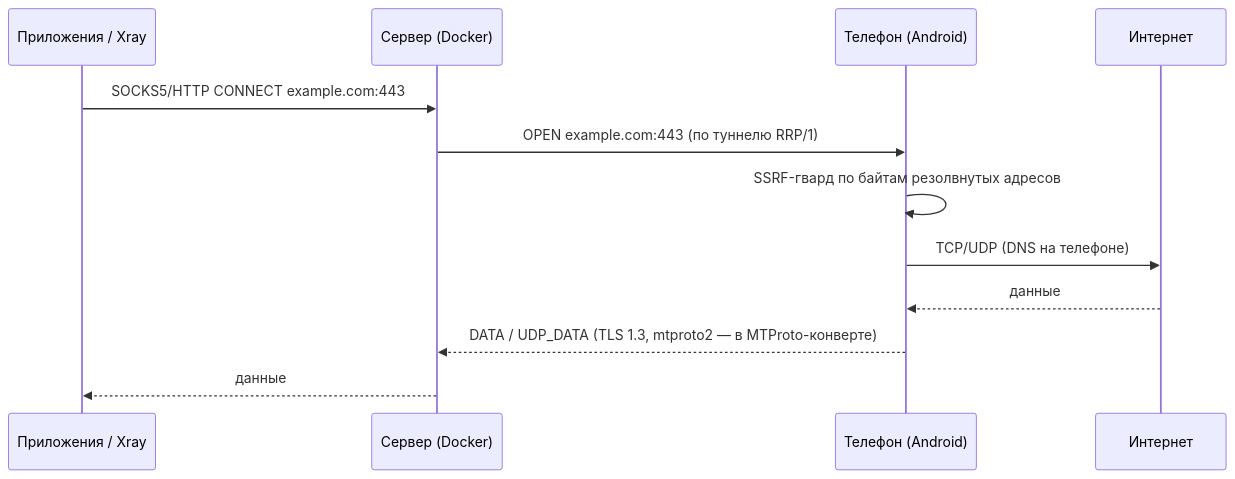
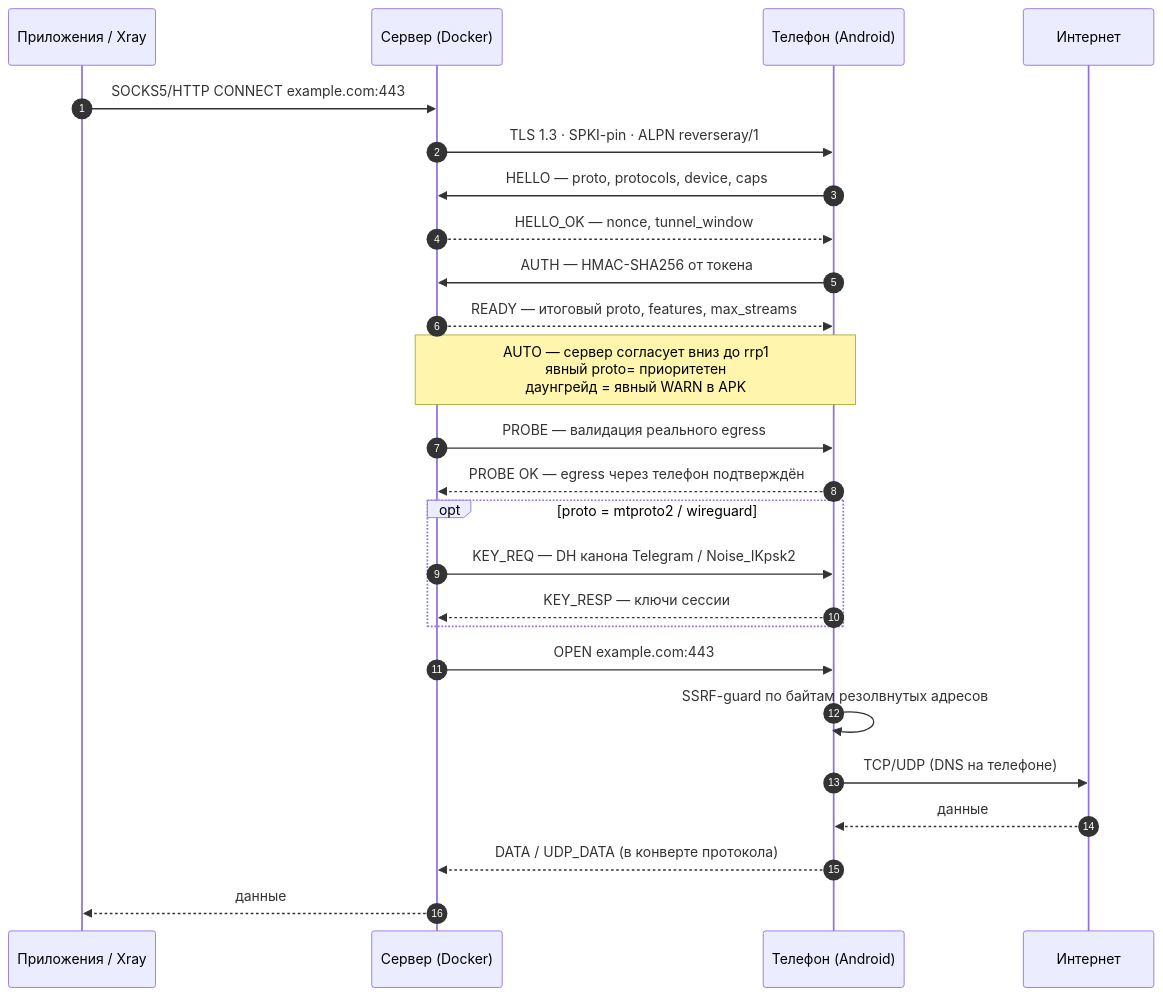
Before and after one commit to stelgen/reverseray: the first of 2 diagrams in README.md, drawn with Mermaid. The commit also changed other lines of this file and 5 other files, not shown here.

````diff
--- a/README.md
+++ b/README.md
@@ -56,15 +56,28 @@
 ```mermaid
 sequenceDiagram
+    autonumber
     participant A as Приложения / Xray
     participant S as Сервер (Docker)
     participant P as Телефон (Android)
     participant N as Интернет
 
     A->>S: SOCKS5/HTTP CONNECT example.com:443
-    S->>P: OPEN example.com:443 (по туннелю RRP/1)
-    P->>P: SSRF-гвард по байтам резолвнутых адресов
+    S->>P: TLS 1.3 · SPKI-pin · ALPN reverseray/1
+    P->>S: HELLO — proto, protocols, device, caps
+    S-->>P: HELLO_OK — nonce, tunnel_window
+    P->>S: AUTH — HMAC-SHA256 от токена
+    S-->>P: READY — итоговый proto, features, max_streams
+    Note over S,P: AUTO — сервер согласует вниз до rrp1<br/>явный proto= приоритетен<br/>даунгрейд = явный WARN в APK
+    S->>P: PROBE — валидация реального egress
+    P-->>S: PROBE OK — egress через телефон подтверждён
+    opt proto = mtproto2 / wireguard
+        S->>P: KEY_REQ — DH канона Telegram / Noise_IKpsk2
+        P-->>S: KEY_RESP — ключи сессии
+    end
+    S->>P: OPEN example.com:443
+    P->>P: SSRF-guard по байтам резолвнутых адресов
     P->>N: TCP/UDP (DNS на телефоне)
     N-->>P: данные
-    P-->>S: DATA / UDP_DATA (TLS 1.3, mtproto2 — в MTProto-конверте)
+    P-->>S: DATA / UDP_DATA (в конверте протокола)
     S-->>A: данные
 ```
````
